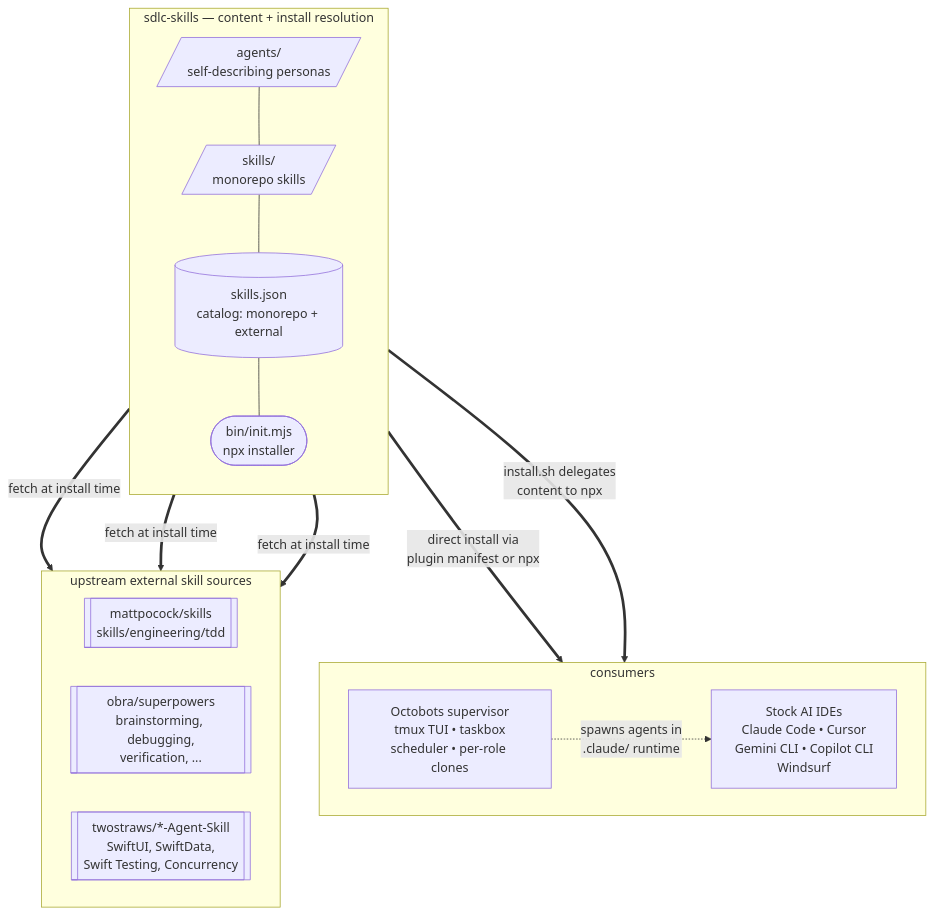
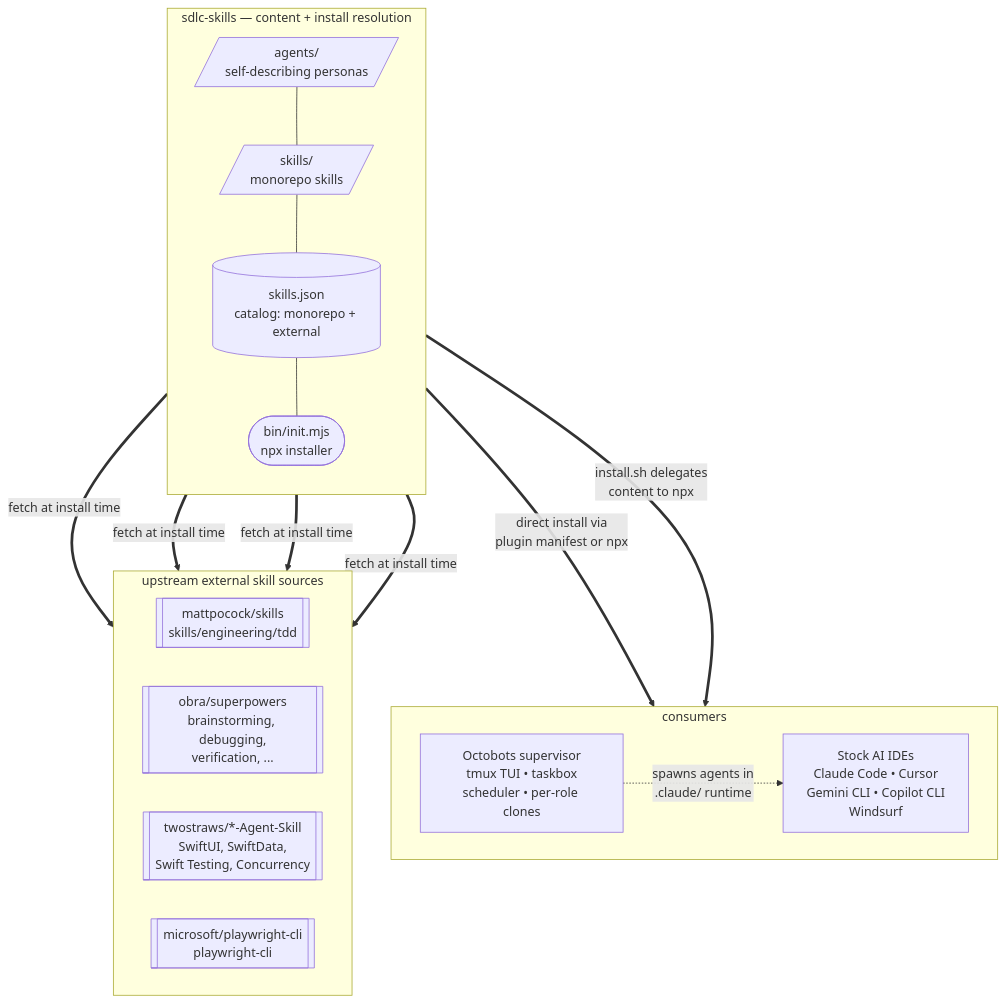
Before and after one commit to thakurnaval/sdlc-skills: the diagram in README.md, drawn with Mermaid. The commit also changed other lines of this file and 9 other files, not shown here.

First line of the commit message:
Add microsoft/playwright-cli external skill + browser-tool triage (#10)

````diff
--- a/README.md
+++ b/README.md
@@ -21,34 +21,36 @@
 ```mermaid
 flowchart TB
     subgraph sdlc["sdlc-skills — content + install resolution"]
         direction TB
         agents[/"agents/<br/>self-describing personas"/]
         skills[/"skills/<br/>monorepo skills"/]
         registry[("skills.json<br/>catalog: monorepo + external")]
         installer(["bin/init.mjs<br/>npx installer"])
         agents --- skills
         skills --- registry
         registry --- installer
     end
 
     subgraph consumers["consumers"]
         direction LR
         ides["Stock AI IDEs<br/>Claude Code • Cursor<br/>Gemini CLI • Copilot CLI<br/>Windsurf"]
         octobots["Octobots supervisor<br/>tmux TUI • taskbox<br/>scheduler • per-role clones"]
     end
 
     subgraph externals["upstream external skill sources"]
         direction LR
         ext_matt[["mattpocock/skills<br/>skills/engineering/tdd"]]
         ext_obra[["obra/superpowers<br/>brainstorming, debugging,<br/>verification, ..."]]
         ext_tws[["twostraws/*-Agent-Skill<br/>SwiftUI, SwiftData,<br/>Swift Testing, Concurrency"]]
+        ext_msft[["microsoft/playwright-cli<br/>playwright-cli"]]
     end
 
     installer ==>|fetch at install time| ext_matt
     installer ==>|fetch at install time| ext_obra
     installer ==>|fetch at install time| ext_tws
+    installer ==>|fetch at install time| ext_msft
 
     sdlc ==>|direct install via<br/>plugin manifest or npx| ides
     sdlc ==>|install.sh delegates<br/>content to npx| octobots
     octobots -.->|spawns agents in<br/>.claude/ runtime| ides
 ```
````
